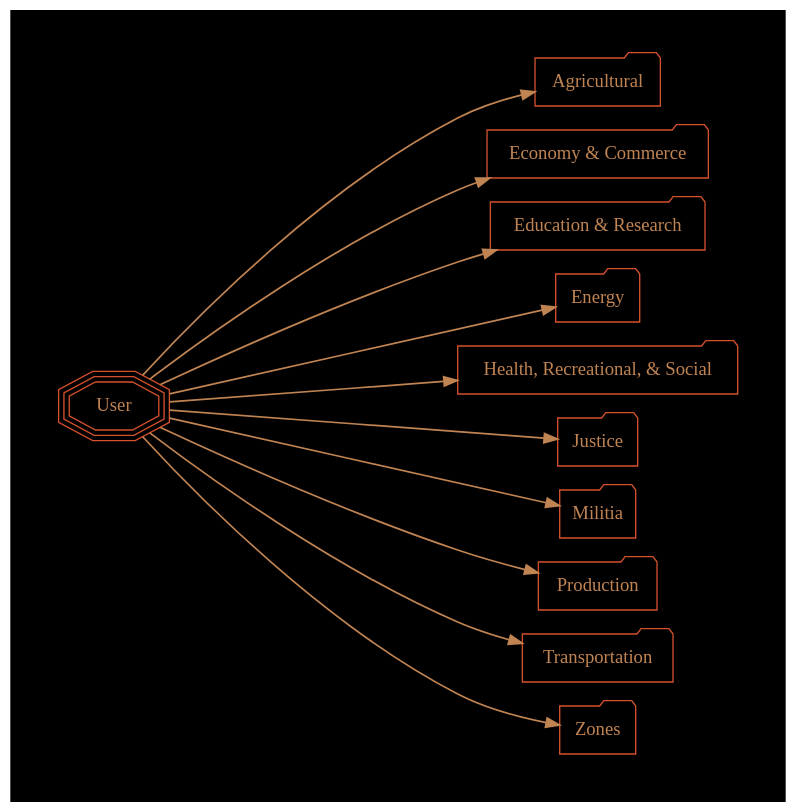
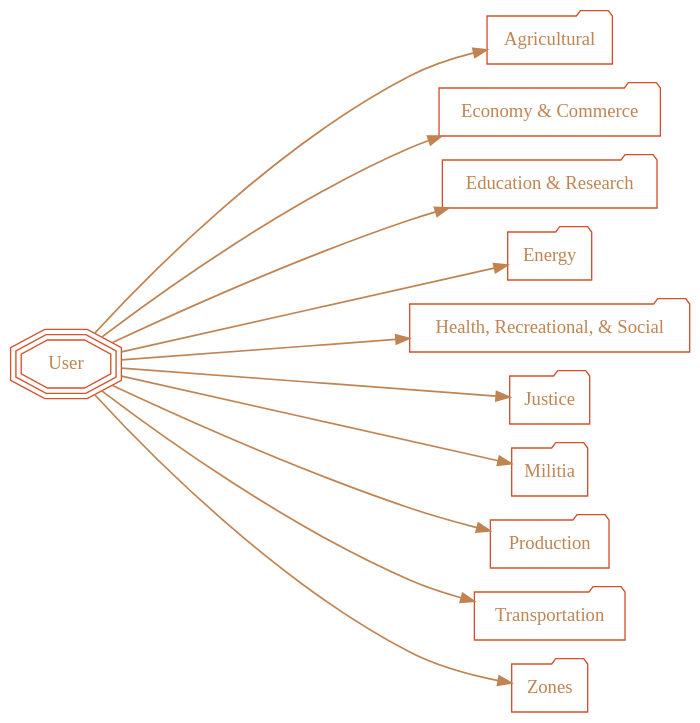
One commit to cartesiantheatre/handbook changed the diagram in Handbook/Source/Game_Mechanics/Diagrams/Units_User_Basic_All.twopi.gv. Above: the diagram before and after it, drawn with Graphviz. The commit also changed 24 other files, not shown here.

```diff
--- a/Handbook/Source/Game_Mechanics/Diagrams/Units_User_Basic_All.twopi.gv
+++ b/Handbook/Source/Game_Mechanics/Diagrams/Units_User_Basic_All.twopi.gv
@@ -1,51 +1,51 @@
 /*
   This is part of the Avaneya Project Crew Handbook.
   Copyright (C) 2010, 2011, 2012
     Kshatra Corp.
   See the file License for copying conditions.
   
   To manually compile:
       $ sudo aptitude install graphviz
       $ twopi -Tpdf Units_User_Basic_All.twopi.gv -o Units_User_Basic_All.pdf
 */
 
 // High level categories for all of the user's basic units graph...
 digraph Units_User_Basic_All
 {
     // Graph attributes...
-	bgcolor="black";
+	bgcolor="transparent";
 	margin="0";
 	rankdir="LR";
 	ratio="auto";
     ranksep="3";
     pad="0.5,0.5";
     compound="true";
     overlap="vpsc";
     root="User";
 
 	// Node attributes...
 	node[color="#d3502dff"];
 	node[fillcolor="gray10"];
     node[fontcolor="#c08453ff"];
     node[fontname="Ubuntu"];
     node[shape="folder"]
 	
 	// Edge attributes...
 	edge[color="#c08453ff"];
 	edge[penwidth="1.3"];
 
     // User root node...
     "User"[shape=tripleoctagon];
     
     // Link all categories to user...
     "User" -> "Agricultural";
     "User" -> "Economy & Commerce";
     "User" -> "Education & Research";
     "User" -> "Energy";
     "User" -> "Health, Recreational, & Social";
     "User" -> "Justice";
     "User" -> "Militia";
     "User" -> "Production";
     "User" -> "Transportation";
     "User" -> "Zones";
 }
```
